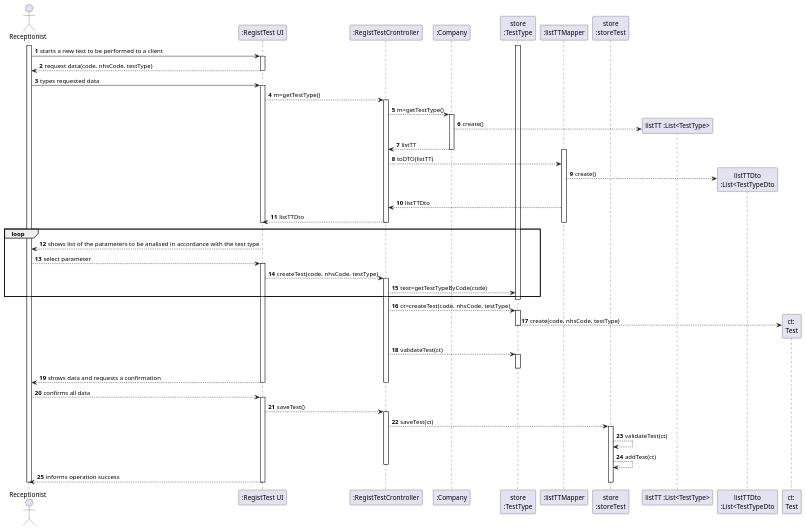
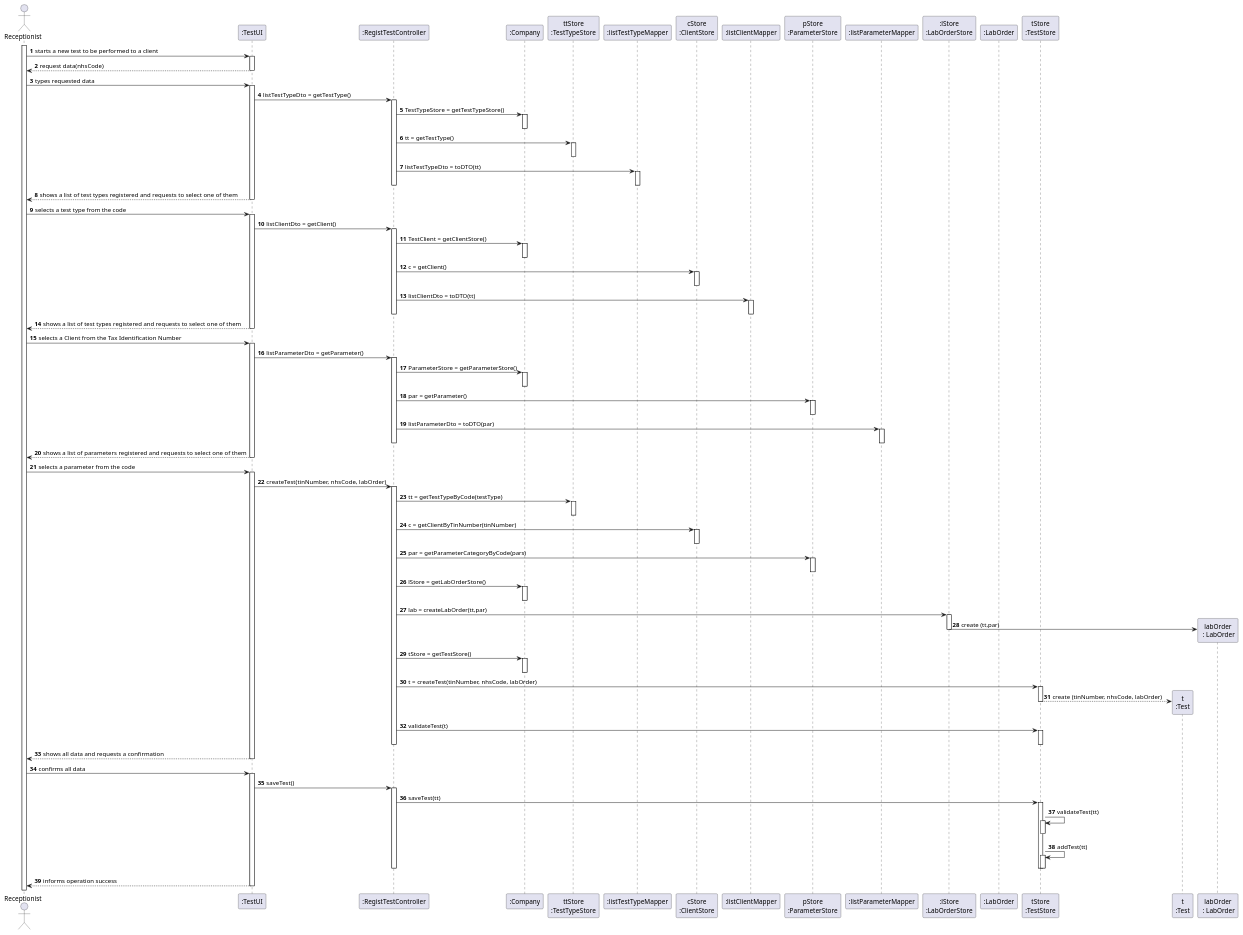
Before and after one commit to Pedromaia26/LAPR2-ISEP: the diagram in docs/SprintC/US4_RegisterTest/US004_SD.puml, drawn with PlantUML.

Commit message:
US004 Sequence Diagram Final Update

```diff
--- a/docs/SprintC/US4_RegisterTest/US004_SD.puml
+++ b/docs/SprintC/US4_RegisterTest/US004_SD.puml
@@ -1,73 +1,135 @@
 @startuml
 actor Receptionist as Adm
-participant ":RegistTest UI" as System
-participant ":RegistTestCrontroller" as RTC
+participant ":TestUI" as UI
+participant ":RegistTestController" as TTC
 participant ":Company" as ML
-participant "store\n:TestType" as tt
-participant ":listTTMapper" as ltc
-participant "store\n:storeTest" as test
-
+participant "ttStore\n:TestTypeStore" as TTS
+participant ":listTestTypeMapper" as MAP1
+participant "cStore\n:ClientStore" as CS
+participant ":listClientMapper" as MAP2
+participant "pStore\n:ParameterStore" as PS
+participant ":listParameterMapper" as MAP3
+participant ":lStore\n:LabOrderStore" as LS
+participant ":LabOrder" as LAB
+participant "tStore\n:TestStore" as TS
+participant "t\n:Test" as T
 autonumber
-activate Adm
-Adm -> System: starts a new test to be performed to a client
-activate System
-System --> Adm: request data(code, nhsCode, testType)
-deactivate System
-
-Adm -> System: types requested data
-activate System
-System-->RTC: m=getTestType()
-activate RTC
-RTC-->ML: m=getTestType()
-activate ML
-create "listTT :List<TestType>" as listtt
-ML --> listtt: create()
-ML --> RTC: listTT
-deactivate ML
-activate ltc
-RTC --> ltc: toDTO(listTT)
-create "listTTDto\n:List<TestTypeDto" as ltcdt
-ltc --> ltcdt: create()
-ltc --> RTC: listTTDto
-RTC --> System: listTTDto
-deactivate ltc
-deactivate RTC
-deactivate System
 
 
-loop
-System --> Adm: shows list of the parameters to be analised in accordance with the test type
-Adm --> System: select parameter
-activate System
+activate Adm
+Adm -> UI: starts a new test to be performed to a client
+activate UI
+UI --> Adm: request data(nhsCode)
+deactivate UI
 
-System --> RTC: createTest(code, nhsCode, testType)
-activate RTC
-RTC --> tt: test=getTestTypeByCode(code)
-end
-activate tt
-deactivate tt
-RTC --> tt: ct=createTest(code, nhsCode, testType)
-activate tt
-create "ct: \nTest" as CT
-tt --> CT: create(code, nhsCode, testType)
-deactivate tt
-RTC --> tt: validateTest(ct)
-activate tt
-deactivate tt
-System --> Adm: shows data and requests a confirmation
-deactivate RTC
-deactivate System
-Adm --> System: confirms all data
-activate System
-System --> RTC: saveTest()
-activate RTC
-RTC --> test: saveTest(ct)
-activate test
-test --> test: validateTest(ct)
-test --> test: addTest(ct)
-deactivate RTC
-System --> Adm: informs operation success
-deactivate test
-deactivate System
-deactivate Adm
+Adm -> UI: types requested data
+activate UI
+UI->TTC: listTestTypeDto = getTestType()
+activate TTC
+TTC->ML: TestTypeStore = getTestTypeStore()
+activate ML
+deactivate ML
+TTC -> TTS: tt = getTestType()
+activate TTS
+deactivate TTS
+TTC -> MAP1: listTestTypeDto = toDTO(tt)
+activate MAP1
+deactivate MAP1
+
+deactivate TTC
+UI --> Adm: shows a list of test types registered and requests to select one of them
+deactivate UI
+
+Adm -> UI: selects a test type from the code
+activate UI
+UI->TTC: listClientDto = getClient()
+activate TTC
+TTC->ML: TestClient = getClientStore()
+activate ML
+deactivate ML
+TTC -> CS: c = getClient()
+activate CS
+deactivate CS
+TTC -> MAP2: listClientDto = toDTO(tt)
+activate MAP2
+deactivate MAP2
+
+deactivate TTC
+UI --> Adm: shows a list of test types registered and requests to select one of them
+deactivate UI
+
+
+
+Adm -> UI: selects a Client from the Tax Identification Number
+activate UI
+UI->TTC: listParameterDto = getParameter()
+activate TTC
+TTC->ML: ParameterStore = getParameterStore()
+activate ML
+deactivate ML
+TTC -> PS: par = getParameter()
+activate PS
+deactivate PS
+TTC -> MAP3: listParameterDto = toDTO(par)
+activate MAP3
+deactivate MAP3
+
+deactivate TTC
+UI --> Adm: shows a list of parameters registered and requests to select one of them
+deactivate UI
+
+Adm -> UI: selects a parameter from the code
+activate UI
+UI -> TTC: createTest(tinNumber, nhsCode, labOrder)
+activate TTC
+TTC -> TTS: tt = getTestTypeByCode(testType)
+activate TTS
+deactivate TTS
+TTC -> CS: c = getClientByTinNumber(tinNumber)
+activate CS
+deactivate CS
+TTC -> PS: par = getParameterCategoryByCode(pars)
+activate PS
+deactivate PS
+TTC -> ML: lStore = getLabOrderStore()
+activate ML
+deactivate ML
+TTC -> LS: lab = createLabOrder(tt,par)
+activate LS
+create "labOrder\n : LabOrder" as LC
+LS -> LC: create (tt,par)
+deactivate LS
+
+TTC -> ML: tStore = getTestStore()
+activate ML
+deactivate ML
+TTC -> TS: t = createTest(tinNumber, nhsCode, labOrder)
+activate TS
+TS --> T**: create (tinNumber, nhsCode, labOrder)
+deactivate TS
+TTC -> TS: validateTest(t)
+activate TS
+deactivate TS
+deactivate TTC
+UI --> Adm: shows all data and requests a confirmation
+deactivate ML
+deactivate UI
+
+
+Adm -> UI: confirms all data
+activate UI
+UI -> TTC: saveTest()
+activate TTC
+TTC -> TS: saveTest(tt)
+activate TS
+TS -> TS: validateTest(tt)
+activate TS
+deactivate TS
+TS -> TS: addTest(tt)
+activate TS
+deactivate TS
+deactivate TTC
+deactivate TS
+UI --> Adm: informs operation success
+deactivate UI
 @enduml
```
